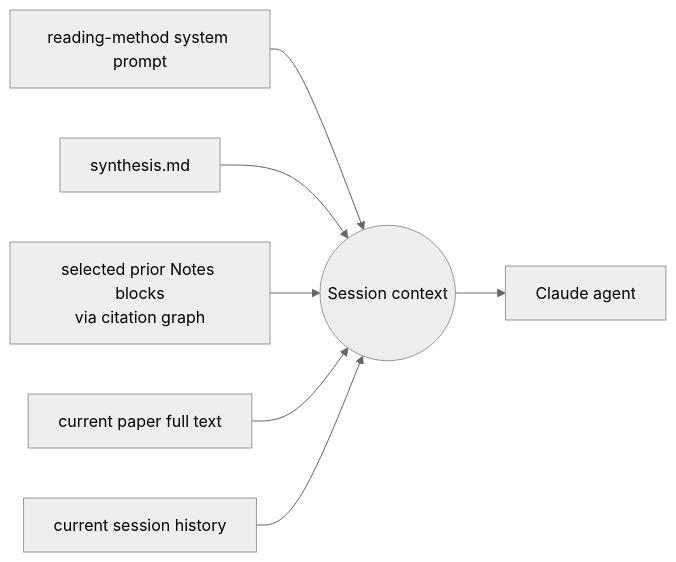
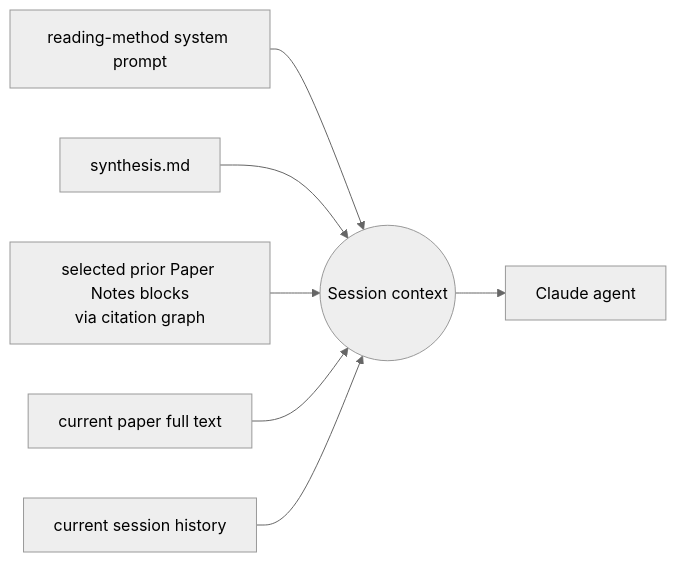
Before and after one commit to kamilkhan52/research-companion: the fourth of 4 diagrams in docs/initial-plan.md, drawn with Mermaid (neutral theme). The commit also changed other lines of this file and 50 other files, not shown here.

````diff
--- a/docs/initial-plan.md
+++ b/docs/initial-plan.md
@@ -190,9 +190,9 @@
 ```mermaid
 flowchart LR
   A[reading-method system prompt] --> X((Session context))
   B[synthesis.md] --> X
-  C[selected prior Notes blocks<br/>via citation graph] --> X
+  C[selected prior Paper Notes blocks<br/>via citation graph] --> X
   D[current paper full text] --> X
   E[current session history] --> X
   X --> F[Claude agent]
 ```
````
